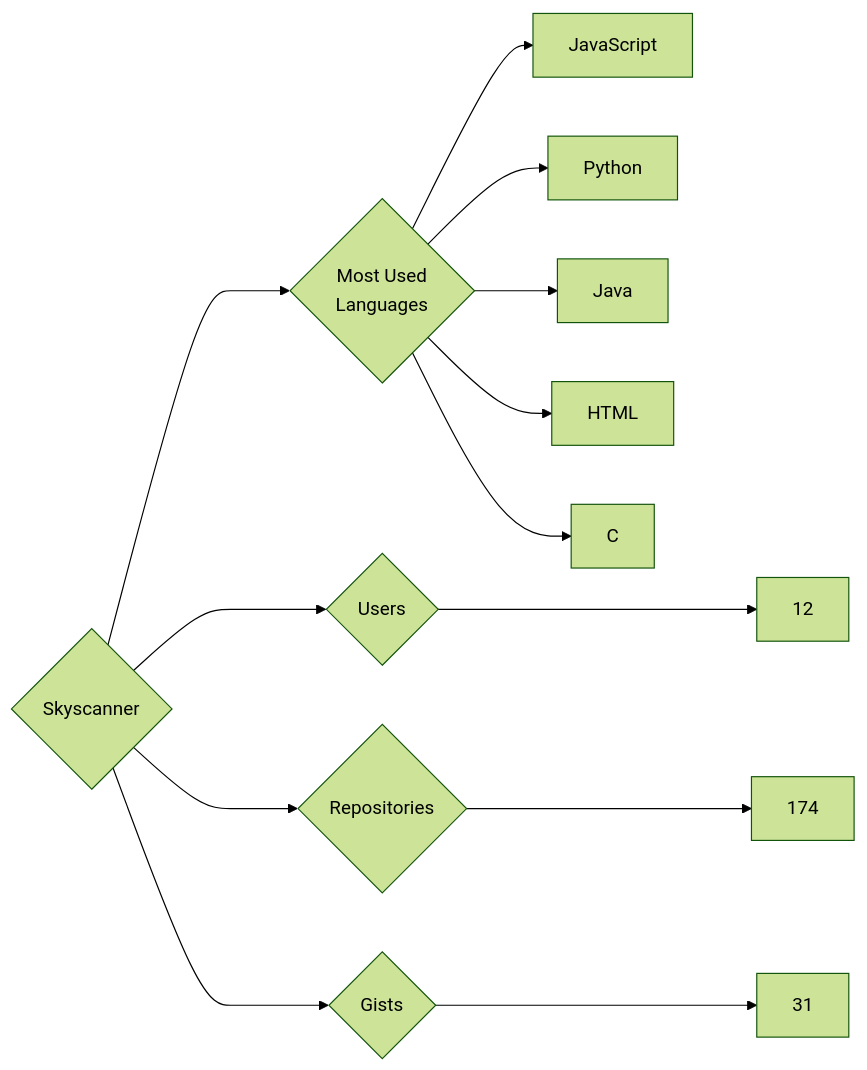
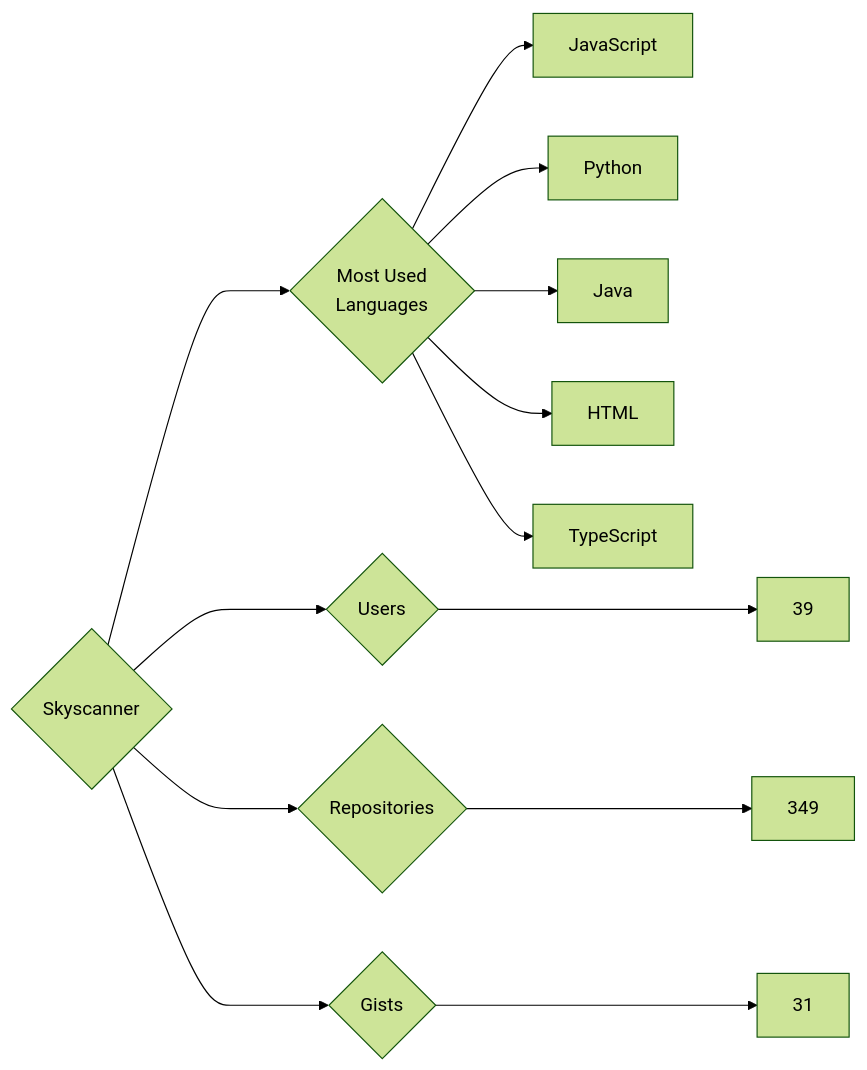
Before and after one commit to trickest/insiders: the diagram in targets/Skyscanner/README.md, drawn with Mermaid (forest theme). The commit also changed 895 other files, not shown here.

````diff
--- a/targets/Skyscanner/README.md
+++ b/targets/Skyscanner/README.md
@@ -3,13 +3,13 @@
 ```mermaid
 graph LR
 COMPANY_NAME{Skyscanner}
-COMPANY_NAME ---> U{Users} ---> UN[12]
-COMPANY_NAME ---> R{Repositories} ---> RN[174]
+COMPANY_NAME ---> U{Users} ---> UN[39]
+COMPANY_NAME ---> R{Repositories} ---> RN[349]
 COMPANY_NAME ---> G{Gists} ---> GN[31]
 COMPANY_NAME ---> ML{Most Used<br>Languages}
 ML --> JavaScript[JavaScript]
 ML --> Python[Python]
 ML --> Java[Java]
 ML --> HTML[HTML]
-ML --> C[C]
+ML --> TypeScript[TypeScript]
 ```
````
